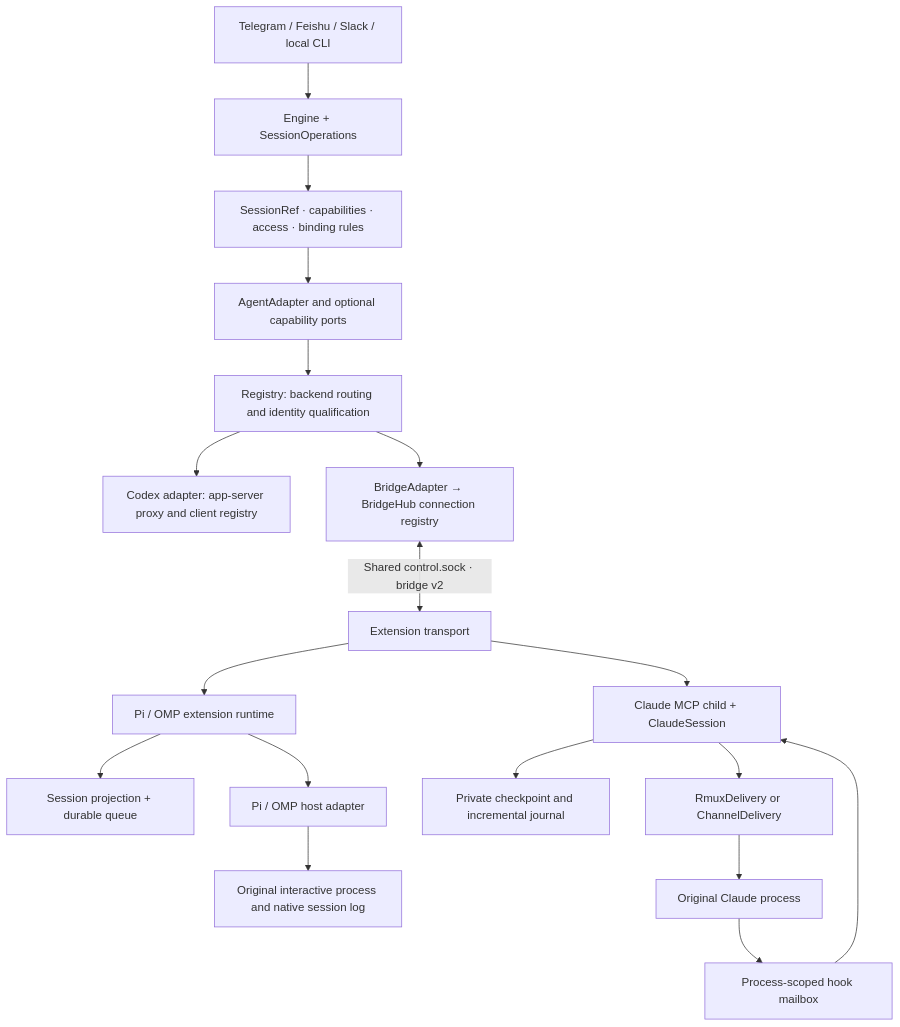
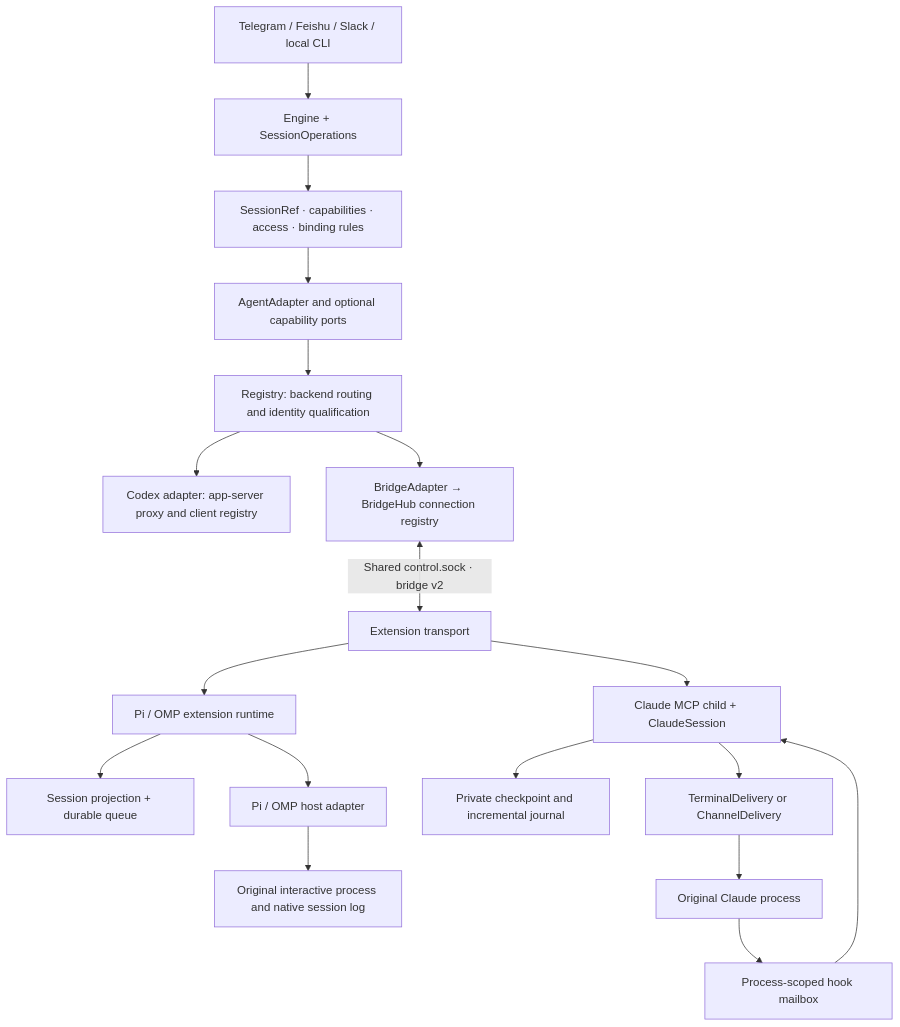
Before and after one commit to tenfyzhong/agentix: the second of 4 diagrams in docs/architecture.md, drawn with Mermaid. The commit also changed other lines of this file and 59 other files, not shown here.

````diff
--- a/docs/architecture.md
+++ b/docs/architecture.md
@@ -74,20 +74,20 @@
 ```mermaid
 flowchart TB
     UI["Telegram / Feishu / Slack / local CLI"] --> APP["Engine + SessionOperations"]
     APP --> DOMAIN["SessionRef · capabilities · access · binding rules"]
     DOMAIN --> PORTS["AgentAdapter and optional capability ports"]
     PORTS --> REG["Registry: backend routing and identity qualification"]
     REG --> CODEX["Codex adapter: app-server proxy and client registry"]
     REG --> BRIDGE["BridgeAdapter → BridgeHub connection registry"]
     BRIDGE <-->|"Shared control.sock · bridge v2"| TRANSPORT["Extension transport"]
     TRANSPORT --> RUNTIME["Pi / OMP extension runtime"]
     RUNTIME --> STATE["Session projection + durable queue"]
     RUNTIME --> HOST["Pi / OMP host adapter"]
     HOST --> NATIVE["Original interactive process and native session log"]
     TRANSPORT --> CLAUDE["Claude MCP child + ClaudeSession"]
     CLAUDE --> STORE["Private checkpoint and incremental journal"]
-    CLAUDE --> INPUT["RmuxDelivery or ChannelDelivery"]
+    CLAUDE --> INPUT["TerminalDelivery or ChannelDelivery"]
     INPUT --> CC["Original Claude process"]
     CC --> HOOKS["Process-scoped hook mailbox"]
     HOOKS --> CLAUDE
 ```
````
